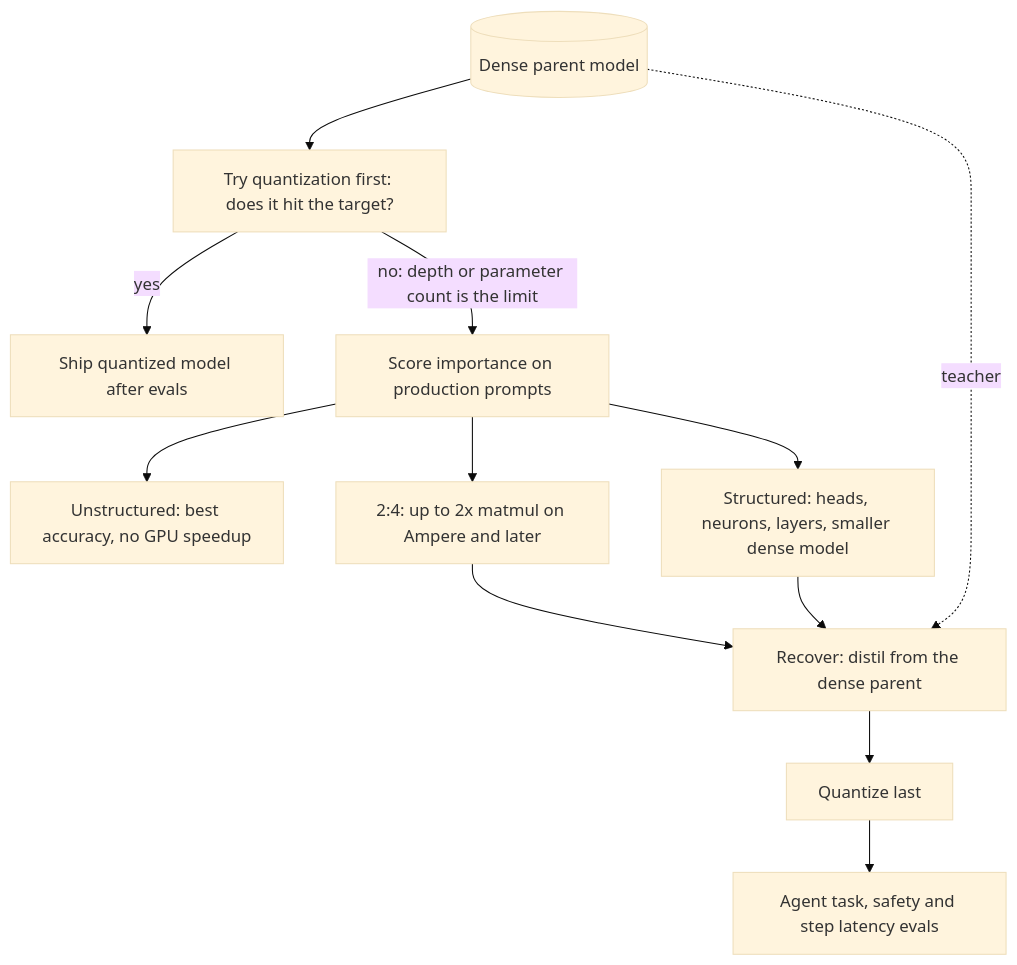
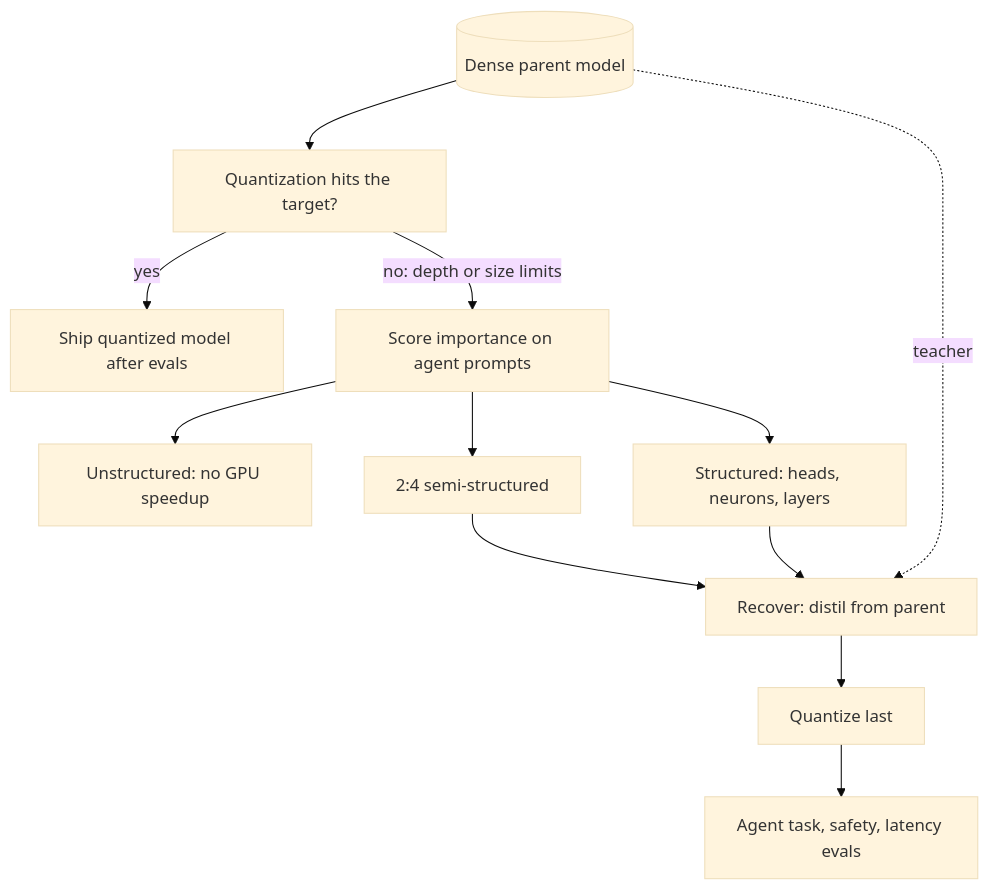
Before and after one commit to lovishmahajan97/agentic-learning: the diagram in content/training-adaptation/pruning.md, drawn with Mermaid (base theme). The commit also changed other lines of this file and 454 other files, not shown here.

````diff
--- a/content/training-adaptation/pruning.md
+++ b/content/training-adaptation/pruning.md
@@ -141,14 +142,14 @@
 ```mermaid
 flowchart TD
-    P[("Dense parent model")] --> Q["Try quantization first: does it hit the target?"]
+    P[("Dense parent model")] --> Q["Quantization hits the target?"]
     Q -->|"yes"| S["Ship quantized model after evals"]
-    Q -->|"no: depth or parameter count is the limit"| C["Score importance on production prompts"]
-    C --> U["Unstructured: best accuracy, no GPU speedup"]
-    C --> T["2:4: up to 2x matmul on Ampere and later"]
-    C --> R["Structured: heads, neurons, layers, smaller dense model"]
-    T --> D["Recover: distil from the dense parent"]
+    Q -->|"no: depth or size limits"| C["Score importance on agent prompts"]
+    C --> U["Unstructured: no GPU speedup"]
+    C --> T["2:4 semi-structured"]
+    C --> R["Structured: heads, neurons, layers"]
+    T --> D["Recover: distil from parent"]
     R --> D
     D --> QZ["Quantize last"]
-    QZ --> E["Agent task, safety and step latency evals"]
+    QZ --> E["Agent task, safety, latency evals"]
     P -.->|"teacher"| D
 ```
````
